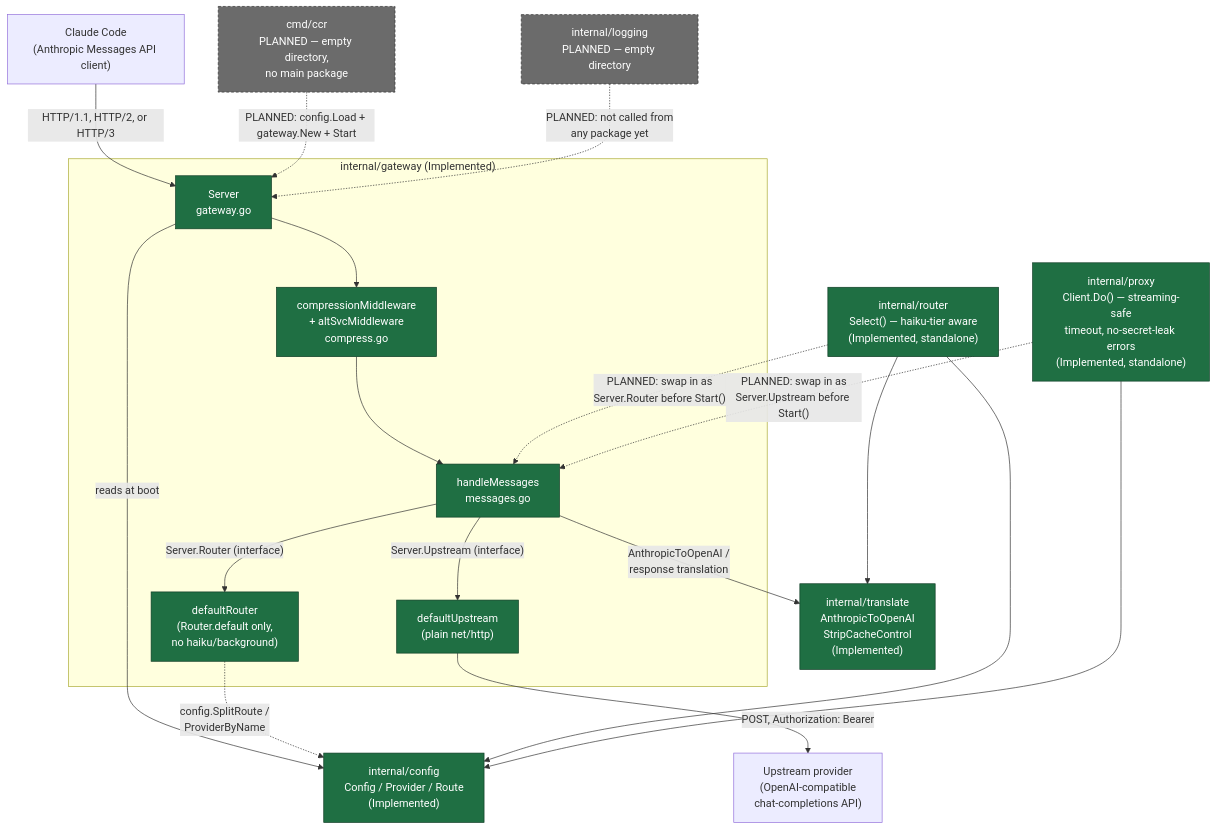
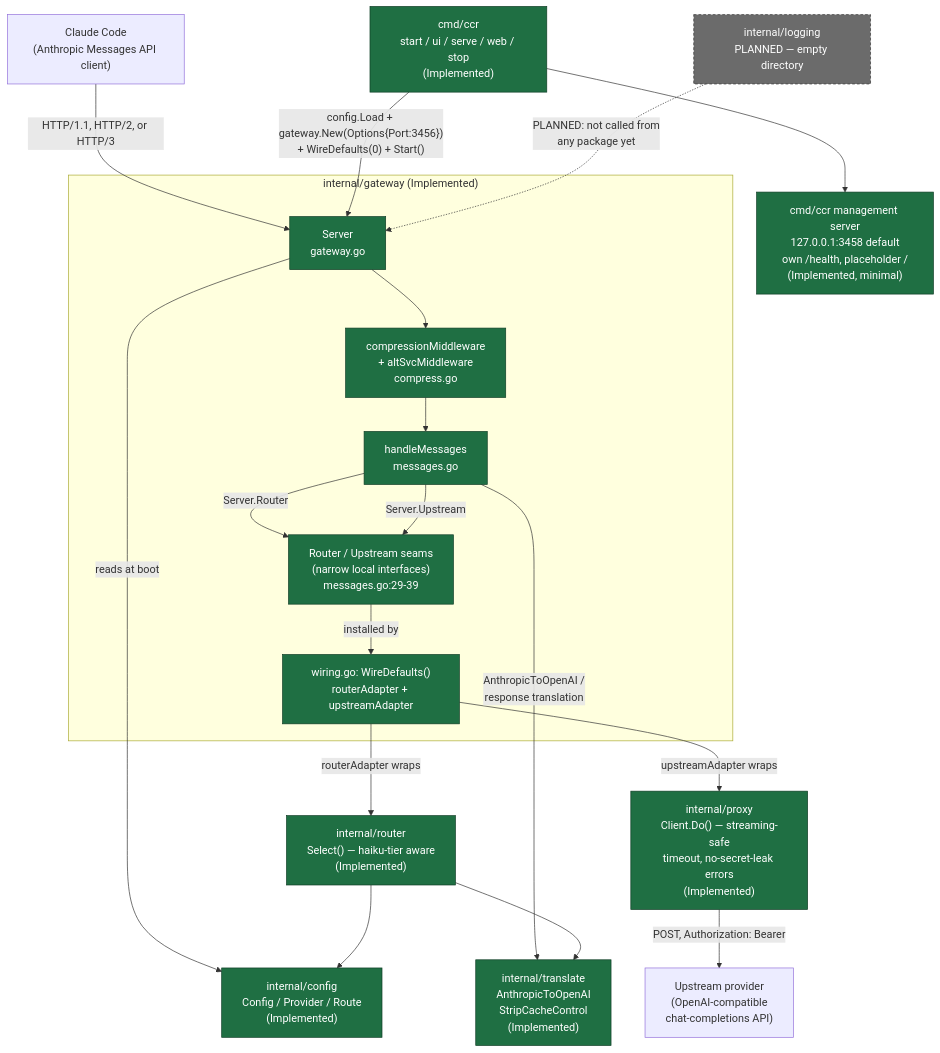
One commit to vasic-digital/claude-code-router changed the first of 7 diagrams in docs/ARCHITECTURE.md. Above: the diagram before and after it, drawn with Mermaid. The commit also changed other lines of this file and 15 other files, not shown here.

First line of the commit message:
feat(router,proxy,gateway): close upstream GAPs — selector, fallback, outbound proxy, inbound auth

````diff
--- a/docs/ARCHITECTURE.md
+++ b/docs/ARCHITECTURE.md
@@ -7,44 +7,44 @@
 ```mermaid
 graph TD
     CC["Claude Code<br/>(Anthropic Messages API client)"]
-    CCR["cmd/ccr<br/>PLANNED — empty directory,<br/>no main package"]
+    CCR["cmd/ccr<br/>start / ui / serve / web / stop<br/>(Implemented)"]
+    MGMT["cmd/ccr management server<br/>127.0.0.1:3458 default<br/>own /health, placeholder /<br/>(Implemented, minimal)"]
 
     subgraph gw["internal/gateway (Implemented)"]
         Server["Server<br/>gateway.go"]
         Compress["compressionMiddleware<br/>+ altSvcMiddleware<br/>compress.go"]
         Handler["handleMessages<br/>messages.go"]
-        DefRouter["defaultRouter<br/>(Router.default only,<br/>no haiku/background)"]
-        DefUpstream["defaultUpstream<br/>(plain net/http)"]
+        Seams["Router / Upstream seams<br/>(narrow local interfaces)<br/>messages.go:29-39"]
+        Wiring["wiring.go: WireDefaults()<br/>routerAdapter + upstreamAdapter"]
     end
 
     Config["internal/config<br/>Config / Provider / Route<br/>(Implemented)"]
     Translate["internal/translate<br/>AnthropicToOpenAI<br/>StripCacheControl<br/>(Implemented)"]
-    Router["internal/router<br/>Select() — haiku-tier aware<br/>(Implemented, standalone)"]
-    Proxy["internal/proxy<br/>Client.Do() — streaming-safe<br/>timeout, no-secret-leak errors<br/>(Implemented, standalone)"]
+    Router["internal/router<br/>Select() — haiku-tier aware<br/>(Implemented)"]
+    Proxy["internal/proxy<br/>Client.Do() — streaming-safe<br/>timeout, no-secret-leak errors<br/>(Implemented)"]
     Logging["internal/logging<br/>PLANNED — empty directory"]
     Upstream["Upstream provider<br/>(OpenAI-compatible<br/>chat-completions API)"]
 
     CC -- "HTTP/1.1, HTTP/2, or HTTP/3" --> Server
-    CCR -. "PLANNED: config.Load + gateway.New + Start" .-> Server
+    CCR -- "config.Load + gateway.New(Options{Port:3456})<br/>+ WireDefaults(0) + Start()" --> Server
+    CCR --> MGMT
     Server --> Compress
     Compress --> Handler
     Server -- "reads at boot" --> Config
-    Handler -- "Server.Router (interface)" --> DefRouter
-    Handler -- "Server.Upstream (interface)" --> DefUpstream
+    Handler -- "Server.Router" --> Seams
+    Handler -- "Server.Upstream" --> Seams
     Handler -- "AnthropicToOpenAI /<br/>response translation" --> Translate
-    DefUpstream -- "POST, Authorization: Bearer" --> Upstream
-    DefRouter -. "config.SplitRoute /<br/>ProviderByName" .-> Config
-
-    Router -. "PLANNED: swap in as<br/>Server.Router before Start()" .-> Handler
-    Proxy -. "PLANNED: swap in as<br/>Server.Upstream before Start()" .-> Handler
+    Seams -- "installed by" --> Wiring
+    Wiring -- "routerAdapter wraps" --> Router
+    Wiring -- "upstreamAdapter wraps" --> Proxy
+    Proxy -- "POST, Authorization: Bearer" --> Upstream
     Router --> Config
     Router --> Translate
-    Proxy --> Config
 
     Logging -. "PLANNED: not called from<br/>any package yet" .-> Server
 
     classDef implemented fill:#1f6f43,stroke:#0f3d25,color:#fff;
     classDef planned fill:#6b6b6b,stroke:#333,color:#fff,stroke-dasharray: 4 3;
-    class Server,Compress,Handler,DefRouter,DefUpstream,Config,Translate,Router,Proxy implemented;
-    class CCR,Logging planned;
+    class Server,Compress,Handler,Seams,Wiring,Config,Translate,Router,Proxy,CCR,MGMT implemented;
+    class Logging planned;
 ```
````
